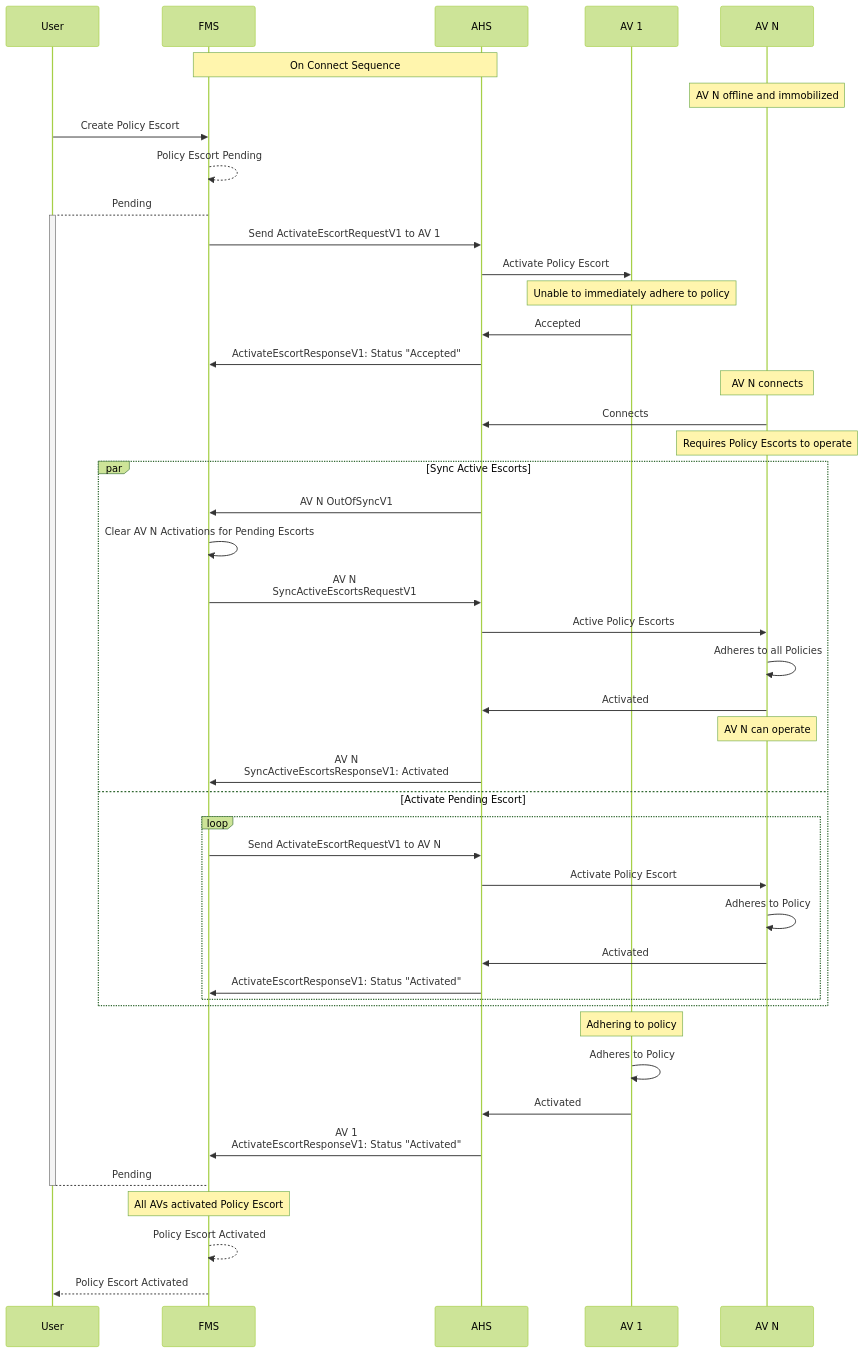
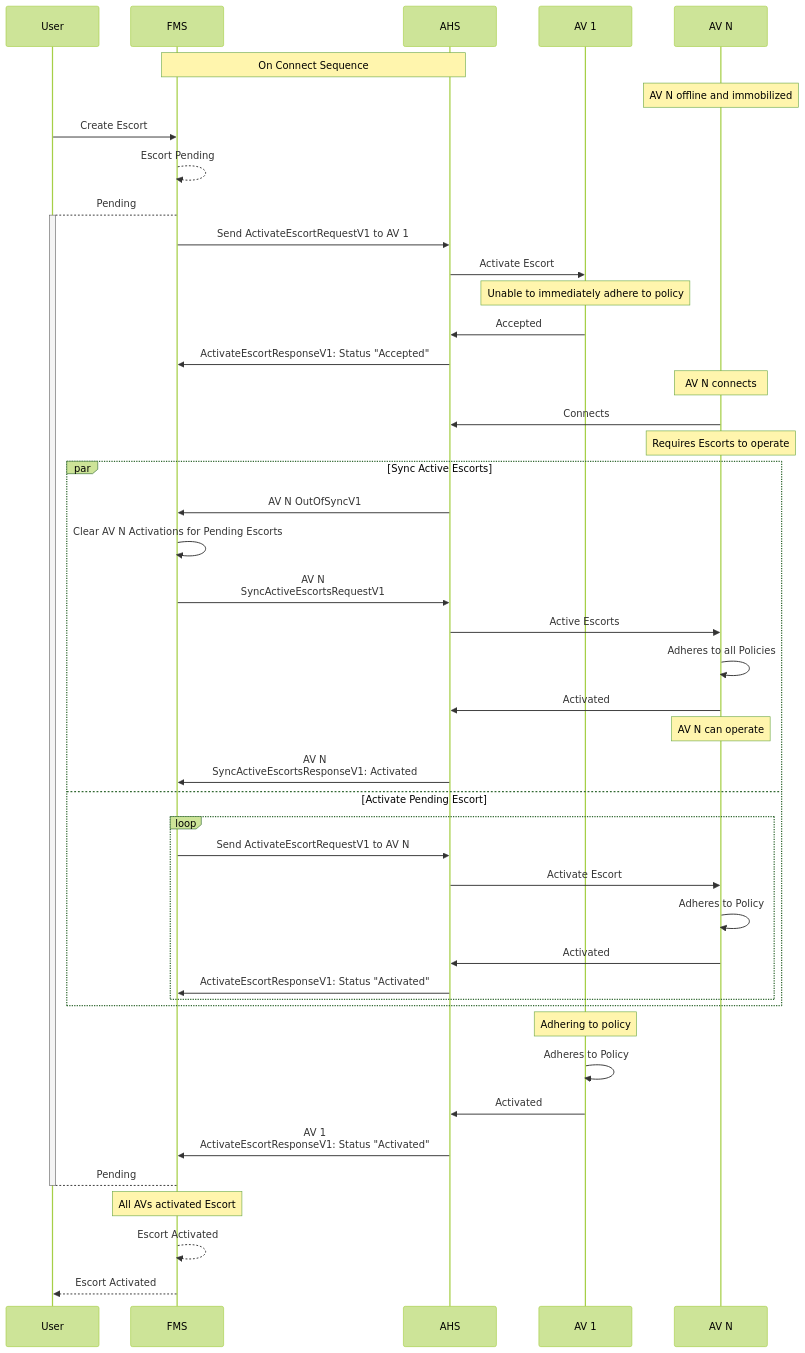
One commit to open-autonomy/escort changed the second of 3 diagrams in diagram/Synchronization.md. Above: the diagram before and after it, drawn with Mermaid (forest theme). The commit also changed other lines of this file and 16 other files, not shown here.

Commit message:
Remove "policy" from escort terminology throughout repository

````diff
--- a/diagram/Synchronization.md
+++ b/diagram/Synchronization.md
@@ -45,61 +45,61 @@
 ```mermaid
 sequenceDiagram
     participant User
     participant FMS
     participant AHS
     participant AV 1
     participant AV N
 
     Note over FMS,AHS: On Connect Sequence
     Note over AV N: AV N offline and immobilized
 
-    User->>FMS: Create Policy Escort
-    FMS-->>FMS: Policy Escort Pending
+    User->>FMS: Create Escort
+    FMS-->>FMS: Escort Pending
     FMS-->+User: Pending
 
     FMS->>AHS: Send ActivateEscortRequestV1 to AV 1
 
-    AHS->>AV 1: Activate Policy Escort
+    AHS->>AV 1: Activate Escort
     Note over AV 1: Unable to immediately adhere to policy
     AV 1->>AHS: Accepted
     AHS->>FMS: ActivateEscortResponseV1: Status "Accepted"
 
     Note Over AV N: AV N connects
 
     AV N->>AHS: Connects
-    Note Over AV N: Requires Policy Escorts to operate
+    Note Over AV N: Requires Escorts to operate
 
     par Sync Active Escorts
         AHS->>FMS: AV N OutOfSyncV1
         FMS->>FMS: Clear AV N Activations for Pending Escorts
 
         FMS->>AHS: AV N <br/> SyncActiveEscortsRequestV1
-        AHS->>AV N: Active Policy Escorts
+        AHS->>AV N: Active Escorts
         AV N->>AV N: Adheres to all Policies
         AV N->>AHS: Activated
         Note over AV N: AV N can operate
 
         AHS->>FMS: AV N <br/> SyncActiveEscortsResponseV1: Activated
     and Activate Pending Escort
         loop
             FMS->>AHS: Send ActivateEscortRequestV1 to AV N
-            AHS->>AV N: Activate Policy Escort
+            AHS->>AV N: Activate Escort
             AV N->>AV N: Adheres to Policy
             AV N->>AHS: Activated
             AHS->>FMS: ActivateEscortResponseV1: Status "Activated"
         end
     end
 
     Note Over AV 1: Adhering to policy
     AV 1->>AV 1: Adheres to Policy
     AV 1->>AHS: Activated
      AHS->>FMS: AV 1 <br/> ActivateEscortResponseV1: Status "Activated"
 
 
     User-->-FMS: Pending
 
-    Note Over FMS: All AVs activated Policy Escort
-    FMS-->>FMS: Policy Escort Activated
+    Note Over FMS: All AVs activated Escort
+    FMS-->>FMS: Escort Activated
 
-    FMS-->>User: Policy Escort Activated
+    FMS-->>User: Escort Activated
 ```
````
